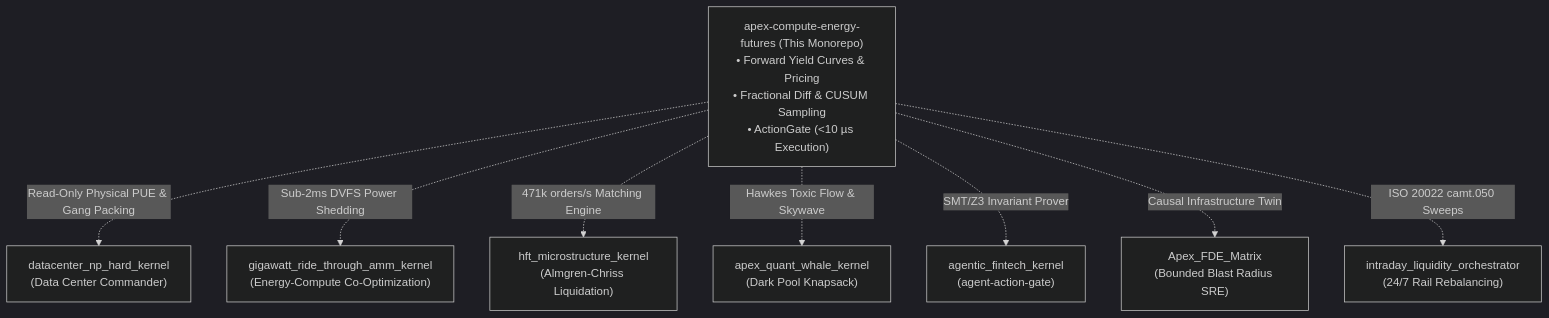
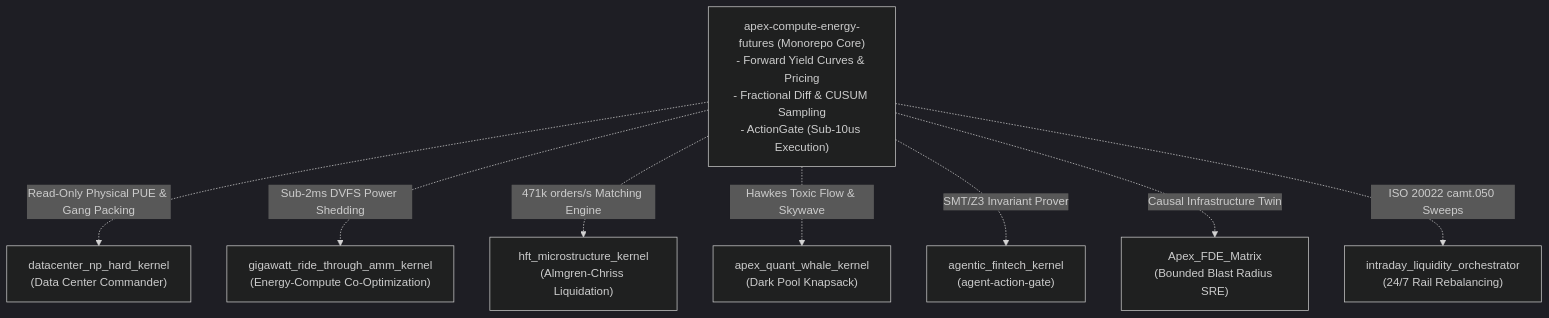
One commit to AAH20/apex-compute-energy-futures changed the diagram in docs/INTEGRATIONS.md. Above: the diagram before and after it, drawn with Mermaid (dark theme). The commit also changed 4 other files, not shown here.

Commit message:
fix(diagrams): sanitize mermaid syntax for 100% github native rendering

````diff
--- a/docs/INTEGRATIONS.md
+++ b/docs/INTEGRATIONS.md
@@ -11,12 +11,12 @@
 ```mermaid
 graph TD
-    CORE["apex-compute-energy-futures (This Monorepo)<br/>• Forward Yield Curves & Pricing<br/>• Fractional Diff & CUSUM Sampling<br/>• ActionGate (<10 µs Execution)"]
+    CORE["apex-compute-energy-futures (Monorepo Core)<br/>- Forward Yield Curves & Pricing<br/>- Fractional Diff & CUSUM Sampling<br/>- ActionGate (Sub-10us Execution)"]
 
     CORE -.->|"Read-Only Physical PUE & Gang Packing"| DCC["datacenter_np_hard_kernel<br/>(Data Center Commander)"]
     CORE -.->|"Sub-2ms DVFS Power Shedding"| GIGAWATT["gigawatt_ride_through_amm_kernel<br/>(Energy-Compute Co-Optimization)"]
     CORE -.->|"471k orders/s Matching Engine"| HFT["hft_microstructure_kernel<br/>(Almgren-Chriss Liquidation)"]
     CORE -.->|"Hawkes Toxic Flow & Skywave"| WHALE["apex_quant_whale_kernel<br/>(Dark Pool Knapsack)"]
     CORE -.->|"SMT/Z3 Invariant Prover"| FORMAL["agentic_fintech_kernel<br/>(agent-action-gate)"]
     CORE -.->|"Causal Infrastructure Twin"| FDE["Apex_FDE_Matrix<br/>(Bounded Blast Radius SRE)"]
     CORE -.->|"ISO 20022 camt.050 Sweeps"| SWEEP["intraday_liquidity_orchestrator<br/>(24/7 Rail Rebalancing)"]
 ```
````
